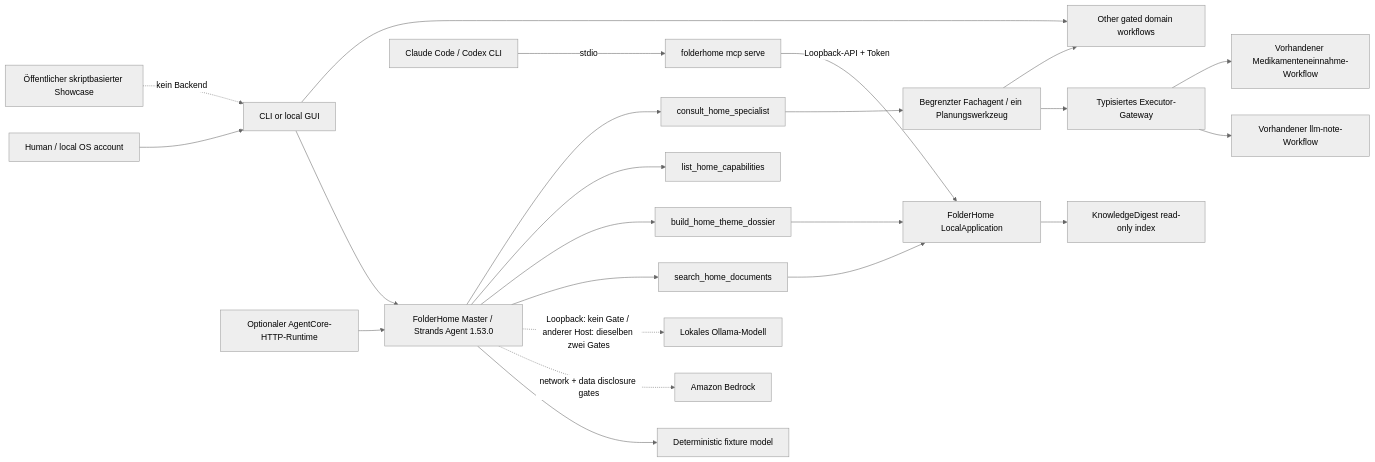
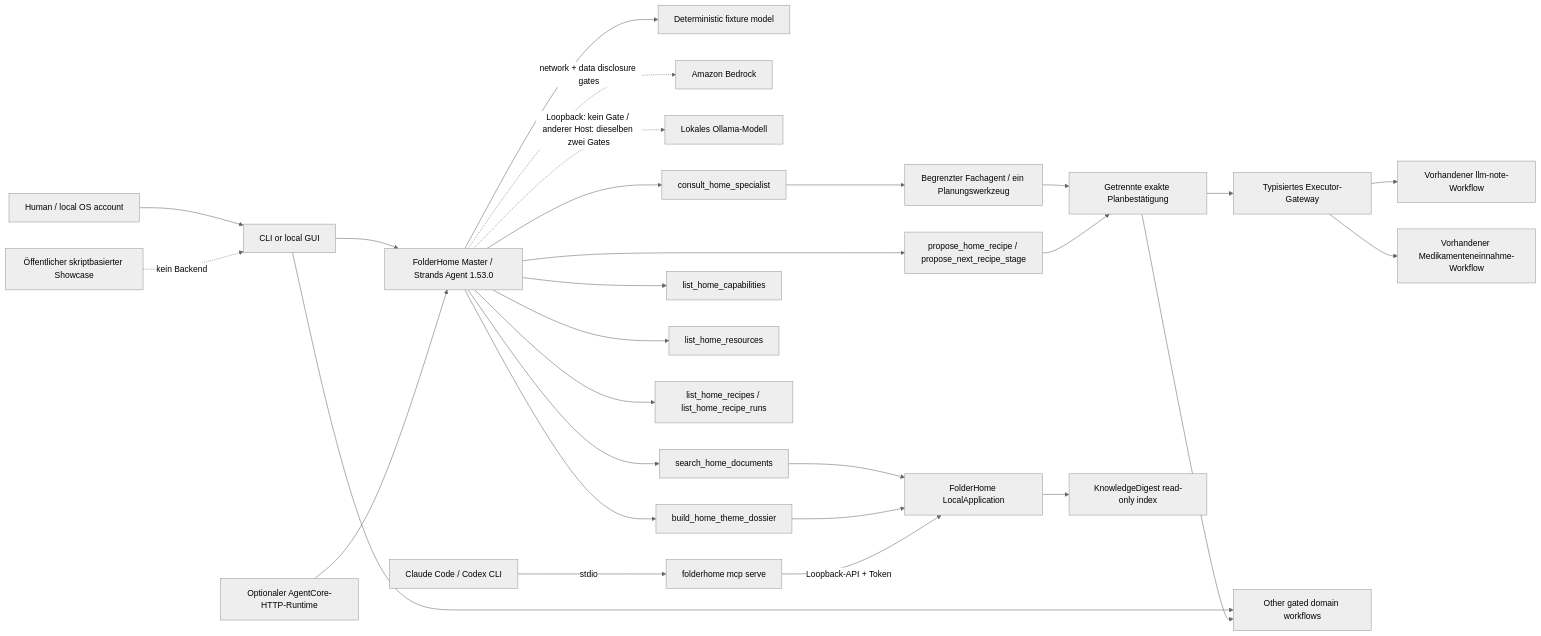
The diagram in README.de.md (ellmos-ai/FolderHome), drawn with Mermaid (neutral theme) before and after one commit. The commit also changed other lines of this file and 8 other files, not shown here.

Commit message:
docs: align product architecture with staged recipes and gated connectors

````diff
--- a/README.de.md
+++ b/README.de.md
@@ -105,25 +105,30 @@
 ```mermaid
 flowchart LR
   H[Human / local OS account] --> UI[CLI or local GUI]
   UI --> A[FolderHome Master / Strands Agent 1.53.0]
   PUB[Öffentlicher skriptbasierter Showcase] -. kein Backend .-> UI
   AC[Optionaler AgentCore-HTTP-Runtime] --> A
   A --> F[Deterministic fixture model]
   A -. network + data disclosure gates .-> B[Amazon Bedrock]
   A -. Loopback: kein Gate / anderer Host: dieselben zwei Gates .-> O[Lokales Ollama-Modell]
   A --> S[search_home_documents]
   A --> D[build_home_theme_dossier]
   A --> C[list_home_capabilities]
+  A --> Resources[list_home_resources]
+  A --> Recipes[list_home_recipes / list_home_recipe_runs]
+  A --> RecipePlan[propose_home_recipe / propose_next_recipe_stage]
   A --> X[consult_home_specialist]
   X --> P[Begrenzter Fachagent / ein Planungswerkzeug]
-  P --> E[Typisiertes Executor-Gateway]
+  P --> Review[Getrennte exakte Planbestätigung]
+  RecipePlan --> Review
+  Review --> E[Typisiertes Executor-Gateway]
   E --> N[Vorhandener llm-note-Workflow]
   E --> M[Vorhandener Medikamenteneinnahme-Workflow]
   S --> L[FolderHome LocalApplication]
   D --> L
   L --> K[KnowledgeDigest read-only index]
   MCP[Claude Code / Codex CLI] -- stdio --> PX[folderhome mcp serve]
   PX -- Loopback-API + Token --> L
   UI --> W[Other gated domain workflows]
-  P --> W
+  Review --> W
 ```
````
